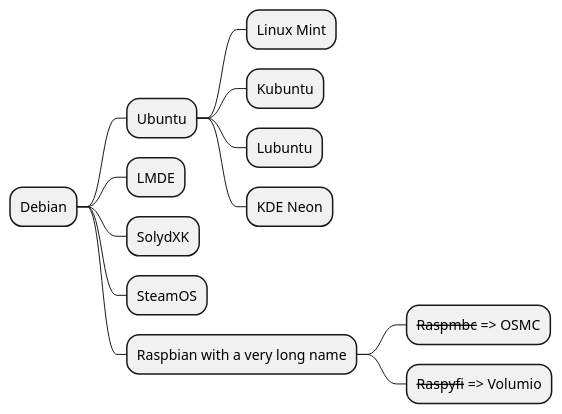
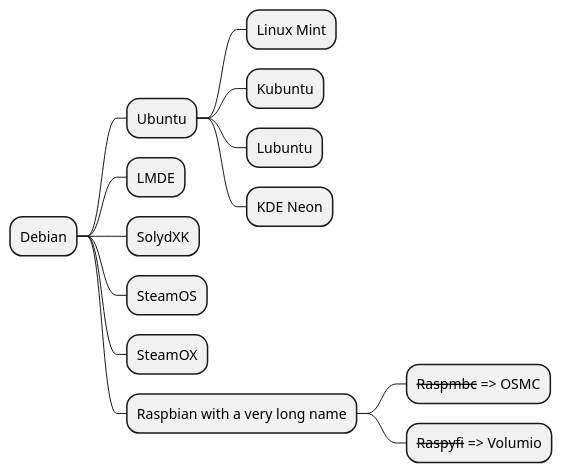
The third of 3 diagrams in PlantUML/test.puml (asuralhp/Test), drawn with PlantUML before and after one commit. The commit also changed other lines of this file and 6 other files, not shown here.

```diff
--- a/PlantUML/test.puml
+++ b/PlantUML/test.puml
@@ -28,14 +29,15 @@
 @startmindmap
 * Debian
 ** Ubuntu
 *** Linux Mint
 *** Kubuntu
 *** Lubuntu
 *** KDE Neon
 ** LMDE
 ** SolydXK
 ** SteamOS
+** SteamOX
 ** Raspbian with a very long name
 *** <s>Raspmbc</s> => OSMC
 *** <s>Raspyfi</s> => Volumio
 @endmindmap
```
